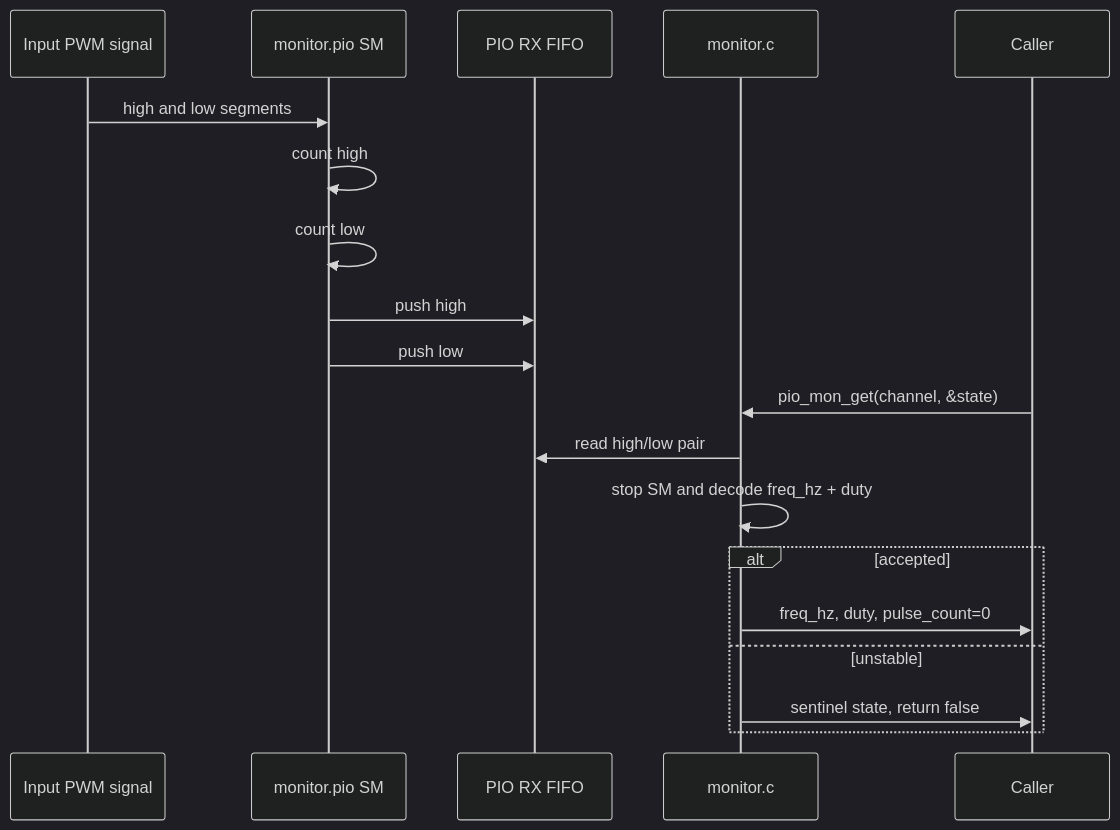
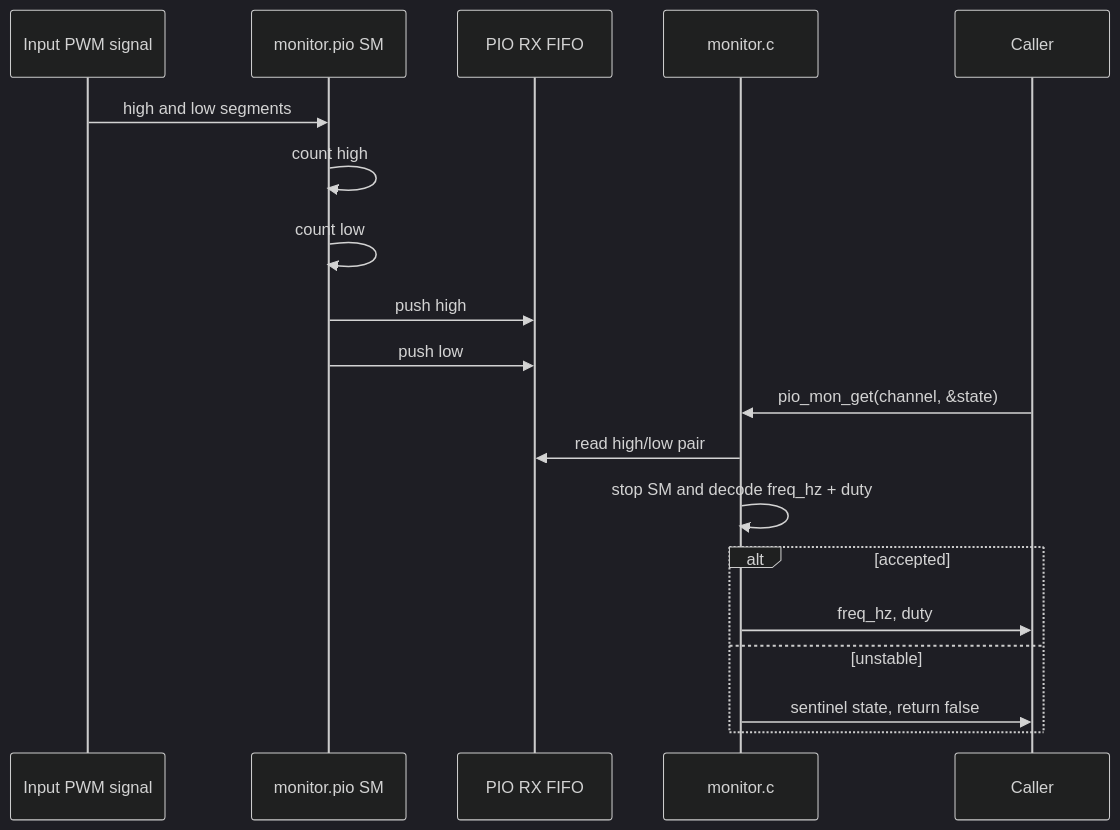
One commit to djwinter29-oss/PicoPWM changed the fourth of 4 diagrams in docs/design/pio_pwm_design.md. Above: the diagram before and after it, drawn with Mermaid (dark theme). The commit also changed other lines of this file and 43 other files, not shown here.

````diff
--- a/docs/design/pio_pwm_design.md
+++ b/docs/design/pio_pwm_design.md
@@ -305,22 +294,22 @@
 ```mermaid
 sequenceDiagram
 	participant Sig as Input PWM signal
 	participant SM as monitor.pio SM
 	participant FIFO as PIO RX FIFO
 	participant Mon as monitor.c
 	participant Caller as Caller
 
 	Sig->>SM: high and low segments
 	SM->>SM: count high
 	SM->>SM: count low
 	SM->>FIFO: push high
 	SM->>FIFO: push low
 	Caller->>Mon: pio_mon_get(channel, &state)
 	Mon->>FIFO: read high/low pair
 	Mon->>Mon: stop SM and decode freq_hz + duty
 	alt accepted
-		Mon->>Caller: freq_hz, duty, pulse_count=0
+		Mon->>Caller: freq_hz, duty
 	else unstable
 		Mon->>Caller: sentinel state, return false
 	end
 ```
````
